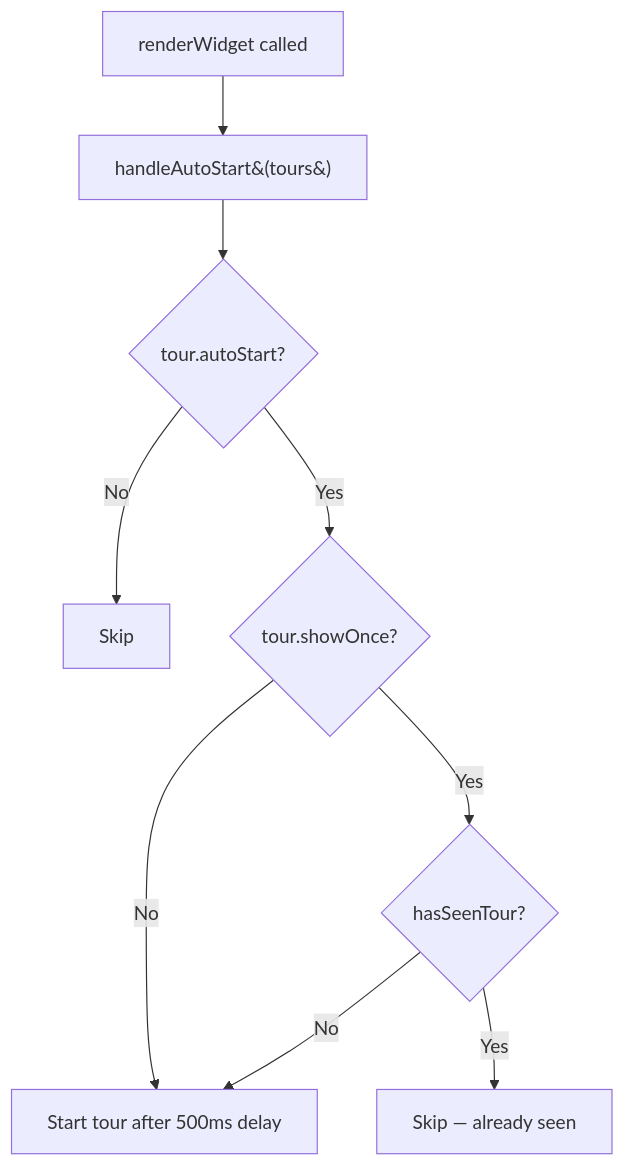
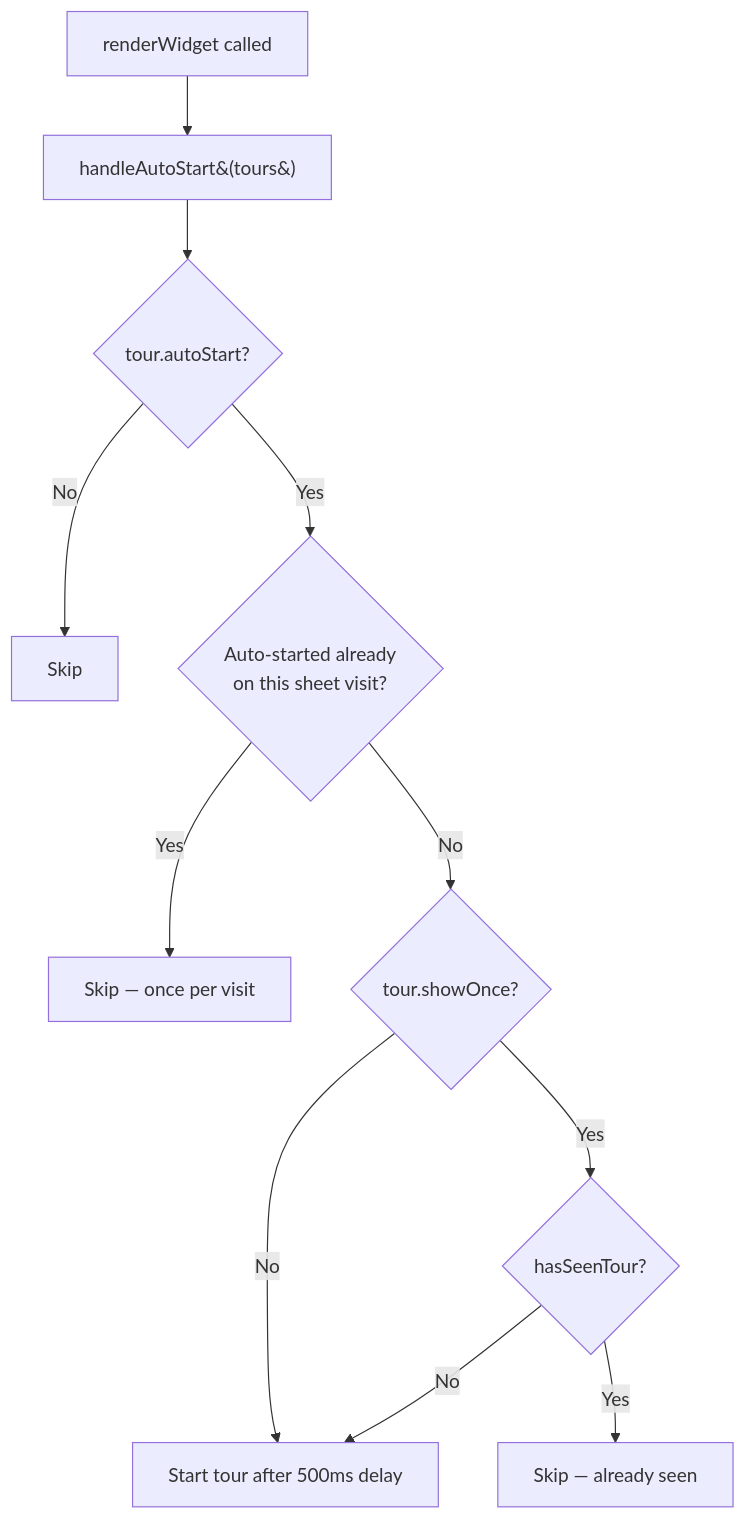
Before and after one commit to ptarmiganlabs/onboard.qs: the third of 6 diagrams in docs/TOUR-SYSTEM.md, drawn with Mermaid. The commit also changed other lines of this file and 5 other files, not shown here.

First line of the commit message:
fix(tour): auto-start each tour once per sheet visit

````diff
--- a/docs/TOUR-SYSTEM.md
+++ b/docs/TOUR-SYSTEM.md
@@ -160,11 +160,13 @@
 ```mermaid
 flowchart TD
     A[renderWidget called] --> B[handleAutoStart&#40;tours&#41;]
     B --> C{tour.autoStart?}
     C -- No --> D[Skip]
-    C -- Yes --> E{tour.showOnce?}
+    C -- Yes --> V{Auto-started already<br/>on this sheet visit?}
+    V -- Yes --> W[Skip — once per visit]
+    V -- No --> E{tour.showOnce?}
     E -- No --> G[Start tour after 500ms delay]
     E -- Yes --> F{hasSeenTour?}
     F -- Yes --> H[Skip — already seen]
     F -- No --> G
 ```
````
